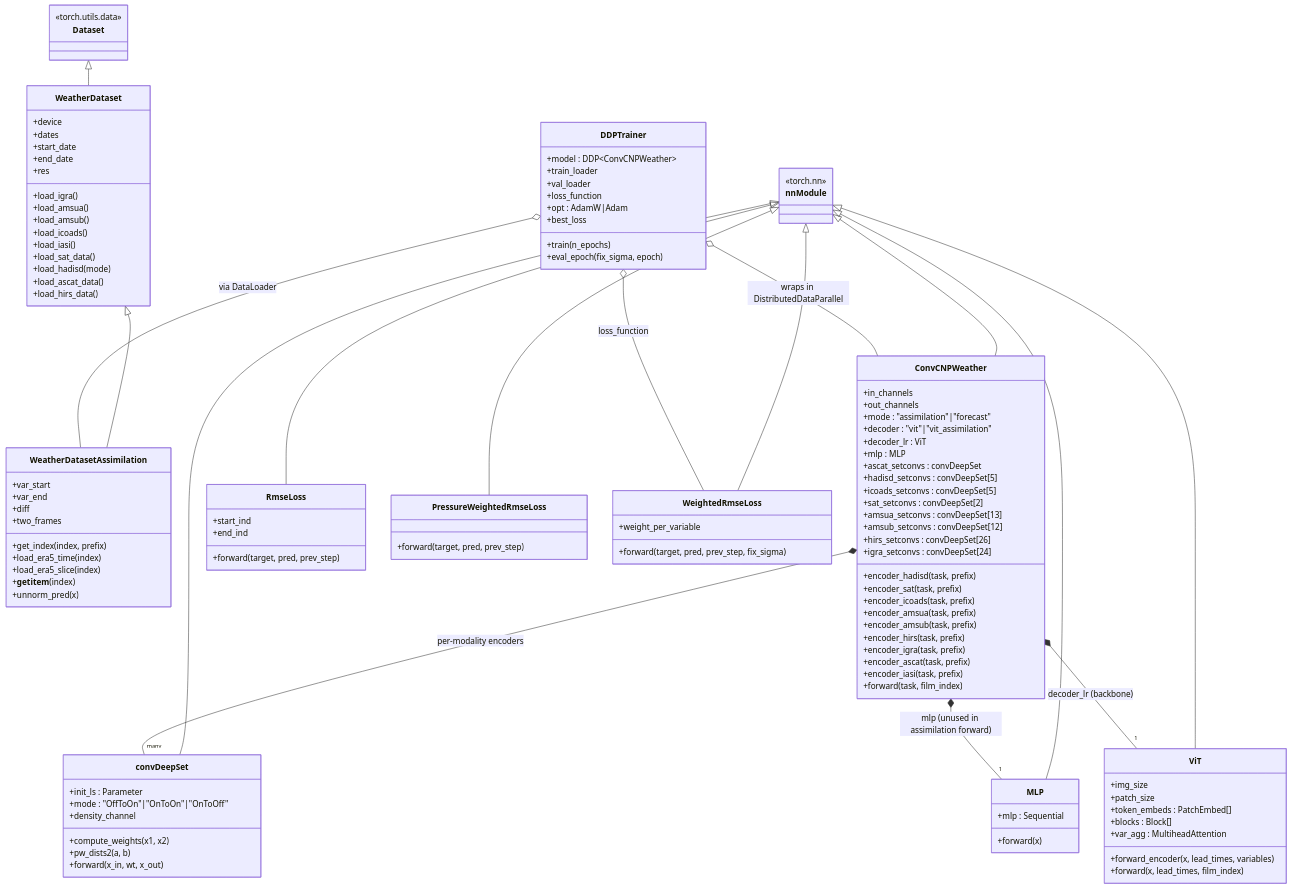
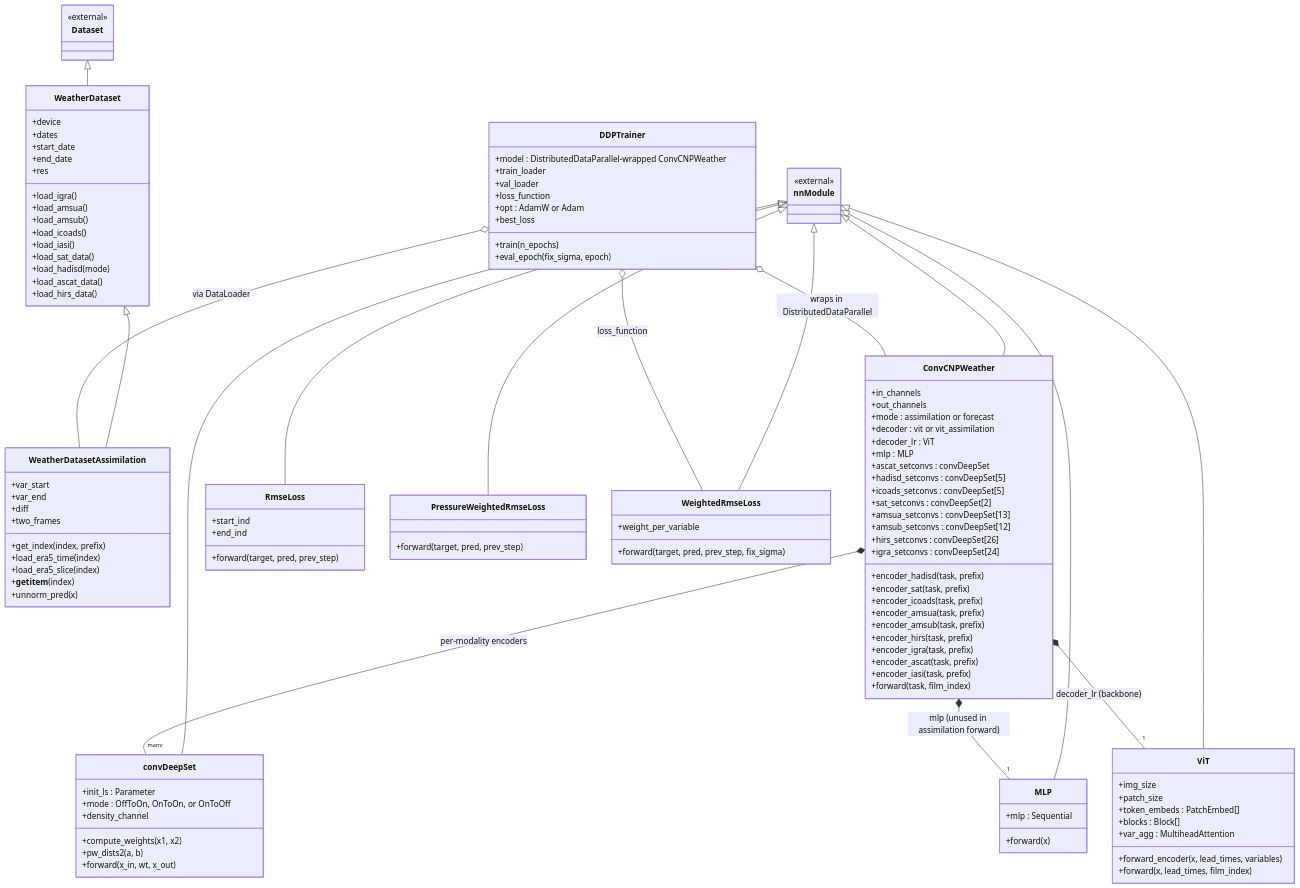
One commit to xincjin-NOAA/aardvark changed the fifth of 5 diagrams in docs/assimilation_architecture.md. Above: the diagram before and after it, drawn with Mermaid. The commit also changed other lines of this file, not shown here.

````diff
--- a/docs/assimilation_architecture.md
+++ b/docs/assimilation_architecture.md
@@ -287,7 +287,7 @@
 ```mermaid
 classDiagram
     class Dataset {
-        <<torch.utils.data>>
+        <<external>>
     }
     class WeatherDataset {
         +device
@@ -320,11 +320,11 @@
     WeatherDataset <|-- WeatherDatasetAssimilation
 
     class nnModule {
-        <<torch.nn>>
+        <<external>>
     }
     class convDeepSet {
         +init_ls : Parameter
-        +mode : "OffToOn"|"OnToOn"|"OnToOff"
+        +mode : OffToOn, OnToOn, or OnToOff
         +density_channel
         +compute_weights(x1, x2)
         +pw_dists2(a, b)
@@ -346,8 +346,8 @@
     class ConvCNPWeather {
         +in_channels
         +out_channels
-        +mode : "assimilation"|"forecast"
-        +decoder : "vit"|"vit_assimilation"
+        +mode : assimilation or forecast
+        +decoder : vit or vit_assimilation
         +decoder_lr : ViT
         +mlp : MLP
         +ascat_setconvs : convDeepSet
@@ -394,11 +394,11 @@
     nnModule <|-- WeightedRmseLoss
 
     class DDPTrainer {
-        +model : DDP~ConvCNPWeather~
+        +model : DistributedDataParallel-wrapped ConvCNPWeather
         +train_loader
         +val_loader
         +loss_function
-        +opt : AdamW|Adam
+        +opt : AdamW or Adam
         +best_loss
         +train(n_epochs)
         +eval_epoch(fix_sigma, epoch)
````
